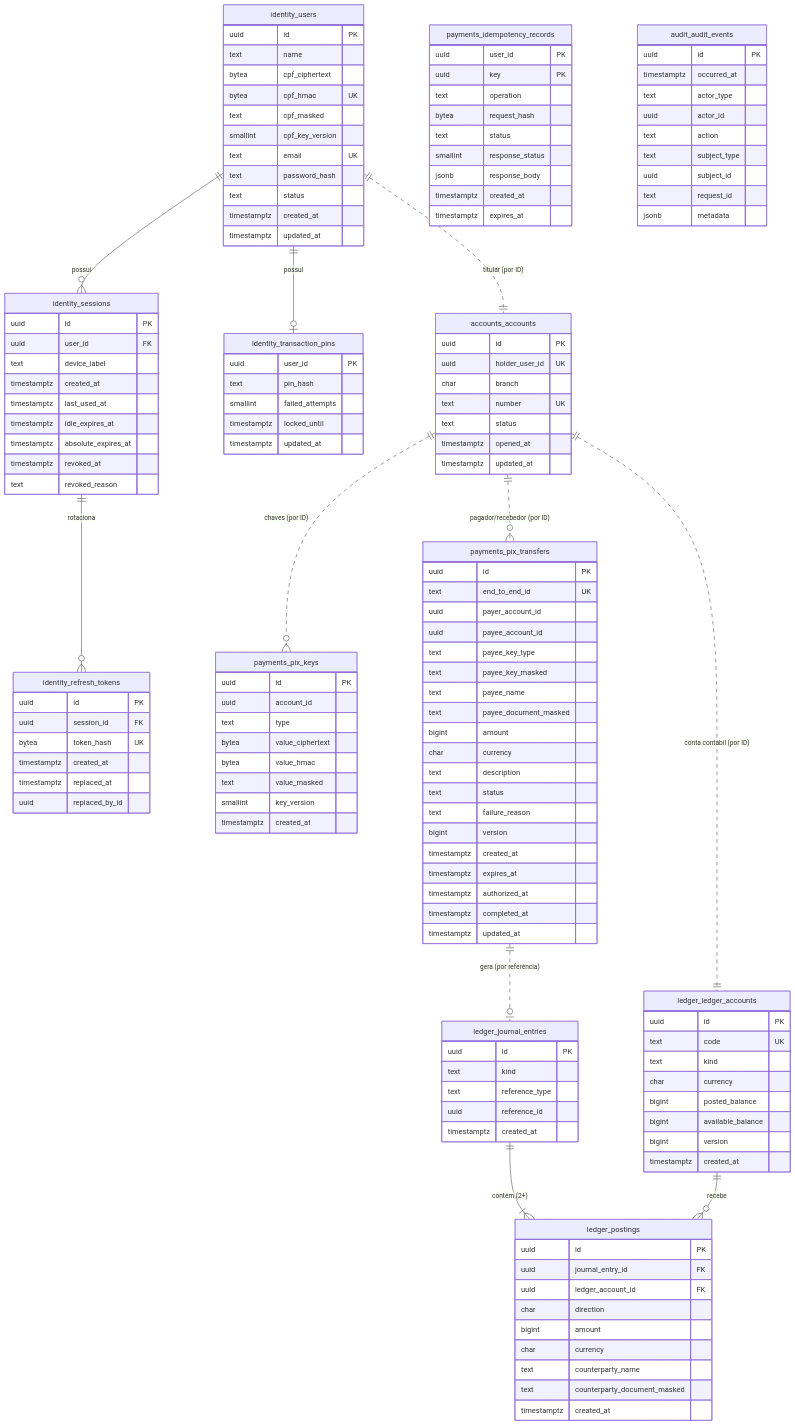
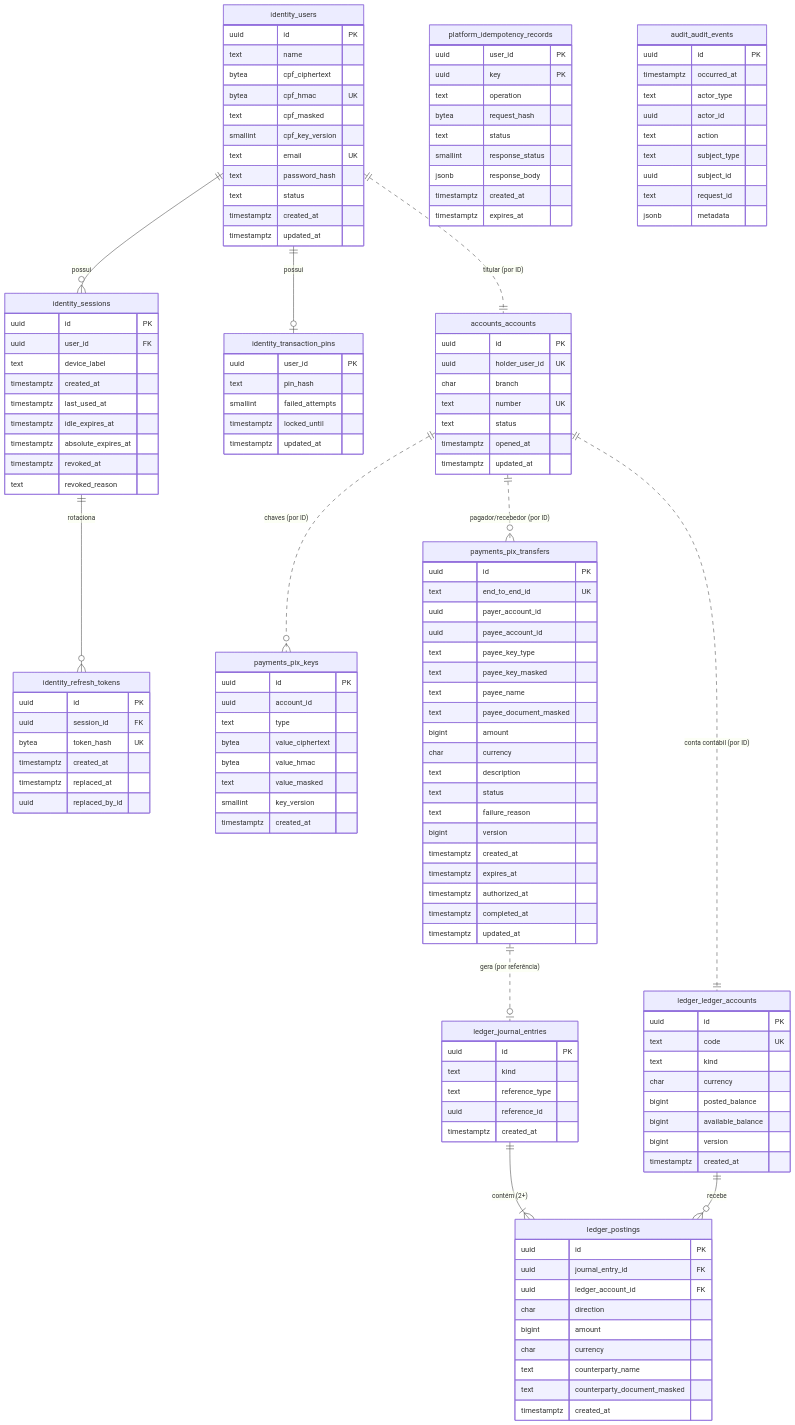
The diagram in docs/architecture/database.md (renatomf/next-bank), drawn with Mermaid before and after one commit. The commit also changed other lines of this file and 2 other files, not shown here.

Commit message:
docs(docs): record ADR 0015, the shared idempotency

```diff
--- a/docs/architecture/database.md
+++ b/docs/architecture/database.md
@@ -166,7 +166,7 @@
         timestamptz completed_at
         timestamptz updated_at
     }
-    payments_idempotency_records {
+    platform_idempotency_records {
         uuid user_id PK
         uuid key PK
         text operation
```
